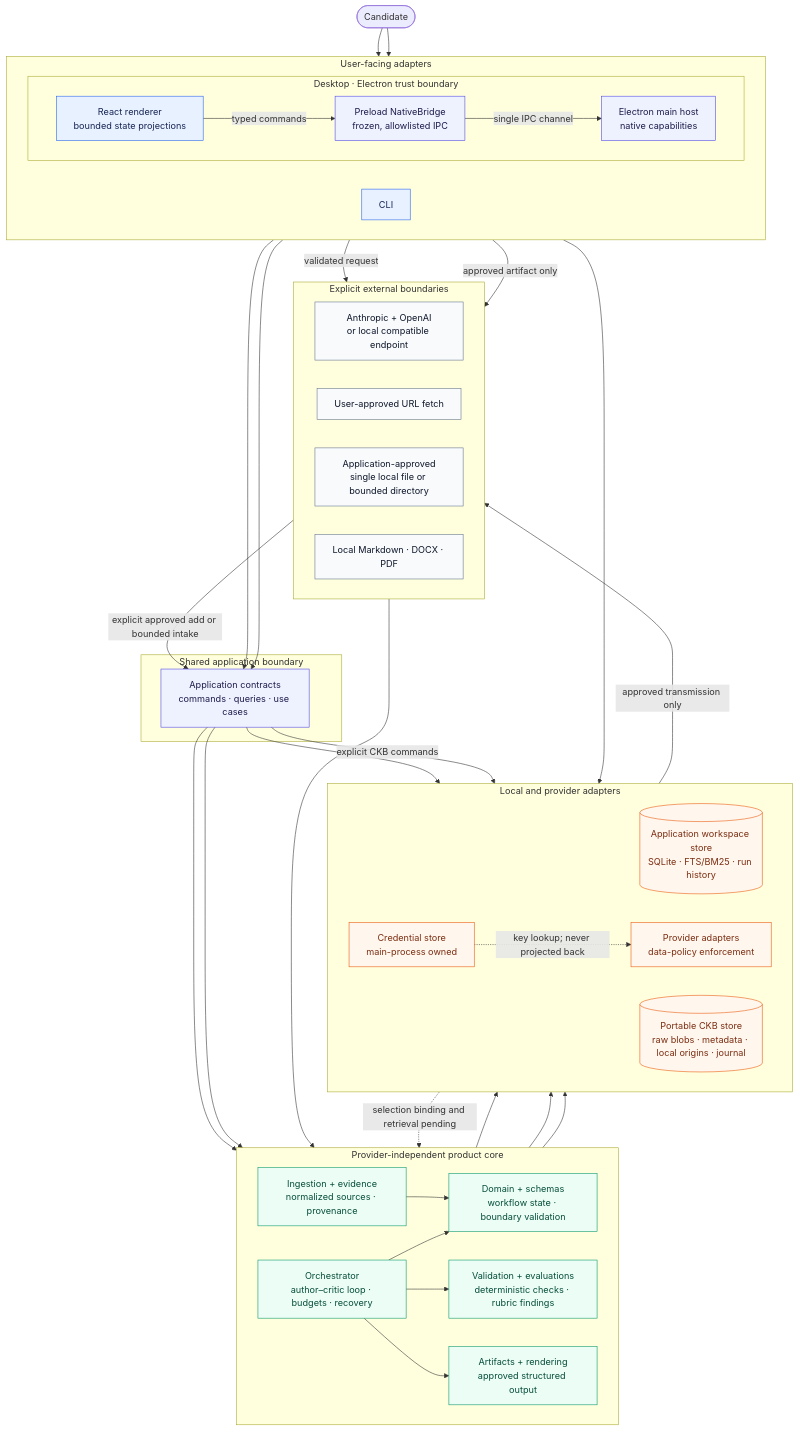
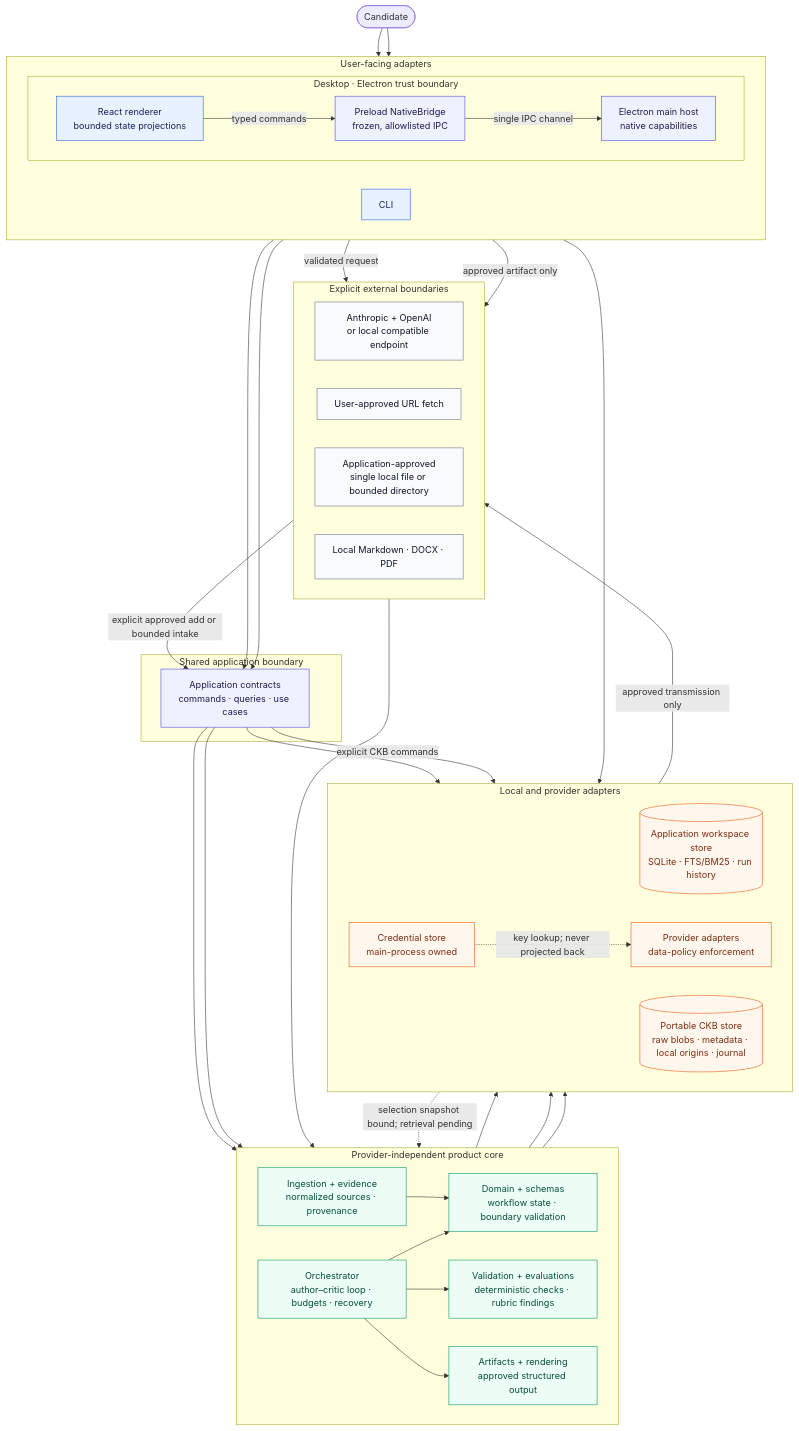
One commit to akoita/draft-loop changed the diagram in docs/architecture.md. Above: the diagram before and after it, drawn with Mermaid. The commit also changed other lines of this file and 10 other files, not shown here.

````diff
--- a/docs/architecture.md
+++ b/docs/architecture.md
@@ -10,82 +10,82 @@
 ```mermaid
 flowchart TB
     User([Candidate])
 
     subgraph Adapters["User-facing adapters"]
         direction LR
         CLI["CLI"]
 
         subgraph Desktop["Desktop · Electron trust boundary"]
             direction LR
             Renderer["React renderer<br/>bounded state projections"]
             Bridge["Preload NativeBridge<br/>frozen, allowlisted IPC"]
             Host["Electron main host<br/>native capabilities"]
             Renderer -->|"typed commands"| Bridge
             Bridge -->|"single IPC channel"| Host
         end
     end
 
     subgraph Application["Shared application boundary"]
         App["Application contracts<br/>commands · queries · use cases"]
     end
 
     subgraph Core["Provider-independent product core"]
         direction LR
         Orchestrator["Orchestrator<br/>author–critic loop · budgets · recovery"]
         Domain["Domain + schemas<br/>workflow state · boundary validation"]
         Knowledge["Ingestion + evidence<br/>normalized sources · provenance"]
         Quality["Validation + evaluations<br/>deterministic checks · rubric findings"]
         Artifacts["Artifacts + rendering<br/>approved structured output"]
         Orchestrator --> Domain
         Knowledge --> Domain
         Orchestrator --> Quality
         Orchestrator --> Artifacts
     end
 
     subgraph Infrastructure["Local and provider adapters"]
         direction LR
         WorkspaceStore[("Application workspace store<br/>SQLite · FTS/BM25 · run history")]
         CKBStore[("Portable CKB store<br/>raw blobs · metadata · local origins · journal")]
         Providers["Provider adapters<br/>data-policy enforcement"]
         Credentials["Credential store<br/>main-process owned"]
     end
 
     subgraph External["Explicit external boundaries"]
         direction LR
         Models["Anthropic + OpenAI<br/>or local compatible endpoint"]
         URL["User-approved URL fetch"]
         LocalFile["Application-approved<br/>single local file or bounded directory"]
         Export["Local Markdown · DOCX · PDF"]
     end
 
     User --> CLI
     User --> Renderer
     CLI --> App
     Host --> App
     App --> Orchestrator
     App --> Knowledge
     App --> WorkspaceStore
     Domain --> WorkspaceStore
     Knowledge --> WorkspaceStore
     App -->|"explicit CKB commands"| CKBStore
-    CKBStore -.->|"selection binding and retrieval pending"| Knowledge
+    CKBStore -.->|"selection snapshot bound; retrieval pending"| Knowledge
     Orchestrator --> Providers
     Host --> Credentials
     Credentials -.->|"key lookup; never projected back"| Providers
     Providers -->|"approved transmission only"| Models
     Host -->|"validated request"| URL
     URL --> Knowledge
     LocalFile -->|"explicit approved add or bounded intake"| App
     Host -->|"approved artifact only"| Export
 
     classDef ui fill:#e8f1ff,stroke:#2563eb,color:#172554;
     classDef boundary fill:#eef2ff,stroke:#4f46e5,color:#1e1b4b;
     classDef core fill:#ecfdf5,stroke:#059669,color:#064e3b;
     classDef infra fill:#fff7ed,stroke:#ea580c,color:#7c2d12;
     classDef external fill:#f8fafc,stroke:#64748b,color:#0f172a;
     class CLI,Renderer ui;
     class Bridge,Host,App boundary;
     class Orchestrator,Domain,Knowledge,Quality,Artifacts core;
     class WorkspaceStore,CKBStore,Providers,Credentials infra;
     class Models,URL,LocalFile,Export external;
 ```
````
